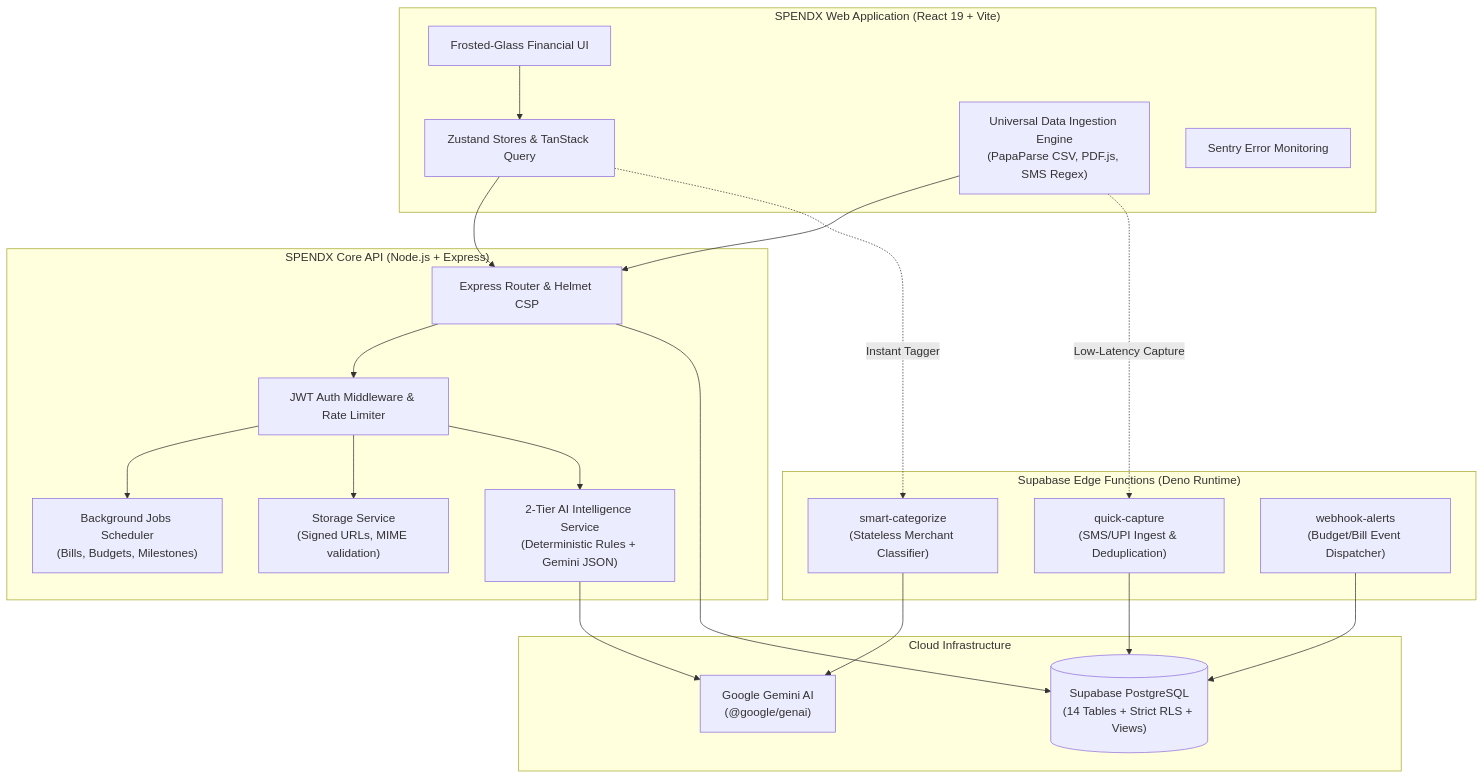
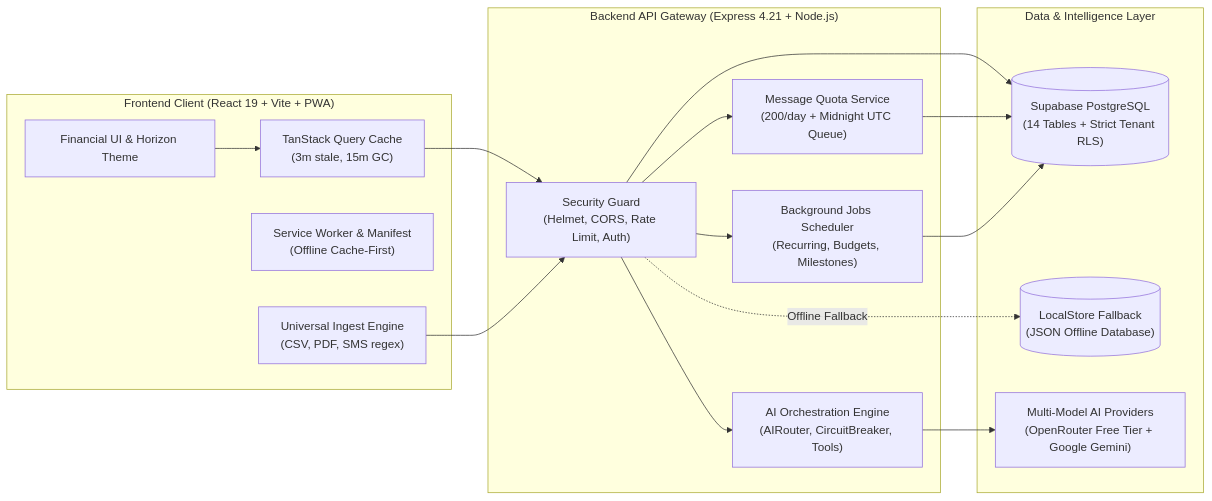
The second of 2 diagrams in README.md (void-dev01/SpendX), drawn with Mermaid before and after one commit. The commit also changed other lines of this file, not shown here.

Commit message:
docs: update README with comprehensive architecture and AI implementation details

````diff
--- a/README.md
+++ b/README.md
@@ -71,43 +145,34 @@
 ```mermaid
-flowchart TD
-    subgraph Client ["SPENDX Web Application (React 19 + Vite)"]
-        UI["Frosted-Glass Financial UI"]
-        State["Zustand Stores & TanStack Query"]
-        Import["Universal Data Ingestion Engine<br/>(PapaParse CSV, PDF.js, SMS Regex)"]
-        SentryWeb["Sentry Error Monitoring"]
+flowchart LR
+    subgraph Client ["Frontend Client (React 19 + Vite + PWA)"]
+        UI["Financial UI & Horizon Theme"]
+        QueryCache["TanStack Query Cache<br/>(3m stale, 15m GC)"]
+        PWA["Service Worker & Manifest<br/>(Offline Cache-First)"]
+        Parser["Universal Ingest Engine<br/>(CSV, PDF, SMS regex)"]
     end
 
-    subgraph Edge ["Supabase Edge Functions (Deno Runtime)"]
-        QC["quick-capture<br/>(SMS/UPI Ingest & Deduplication)"]
-        SC["smart-categorize<br/>(Stateless Merchant Classifier)"]
-        WA["webhook-alerts<br/>(Budget/Bill Event Dispatcher)"]
+    subgraph API ["Backend API Gateway (Express 4.21 + Node.js)"]
+        Middleware["Security Guard<br/>(Helmet, CORS, Rate Limit, Auth)"]
+        AIOrchestrator["AI Orchestration Engine<br/>(AIRouter, CircuitBreaker, Tools)"]
+        QuotaSvc["Message Quota Service<br/>(200/day + Midnight UTC Queue)"]
+        Scheduler["Background Jobs Scheduler<br/>(Recurring, Budgets, Milestones)"]
     end
 
-    subgraph Backend ["SPENDX Core API (Node.js + Express)"]
-        Gateway["Express Router & Helmet CSP"]
-        Auth["JWT Auth Middleware & Rate Limiter"]
-        Scheduler["Background Jobs Scheduler<br/>(Bills, Budgets, Milestones)"]
-        Storage["Storage Service<br/>(Signed URLs, MIME validation)"]
-        Intelligence["2-Tier AI Intelligence Service<br/>(Deterministic Rules + Gemini JSON)"]
+    subgraph DataAI ["Data & Intelligence Layer"]
+        SupabaseDB[("Supabase PostgreSQL<br/>(14 Tables + Strict Tenant RLS)")]
+        LocalStore[("LocalStore Fallback<br/>(JSON Offline Database)")]
+        AIProviders["Multi-Model AI Providers<br/>(OpenRouter Free Tier + Google Gemini)"]
     end
 
-    subgraph Infrastructure ["Cloud Infrastructure"]
-        Supabase[("Supabase PostgreSQL<br/>(14 Tables + Strict RLS + Views)")]
-        Gemini["Google Gemini AI<br/>(@google/genai)"]
-    end
-
-    UI --> State
-    State --> Gateway
-    Import --> Gateway
-    Import -.->|Low-Latency Capture| QC
-    State -.->|Instant Tagger| SC
-    QC --> Supabase
-    SC --> Gemini
-    WA --> Supabase
-    Gateway --> Auth
-    Auth --> Scheduler
-    Auth --> Storage
-    Auth --> Intelligence
-    Gateway --> Supabase
-    Intelligence --> Gemini
+    UI --> QueryCache
+    QueryCache --> Middleware
+    Parser --> Middleware
+    Middleware --> AIOrchestrator
+    Middleware --> QuotaSvc
+    Middleware --> Scheduler
+    Middleware --> SupabaseDB
+    Middleware -.->|Offline Fallback| LocalStore
+    AIOrchestrator --> AIProviders
+    QuotaSvc --> SupabaseDB
+    Scheduler --> SupabaseDB
 ```
````
